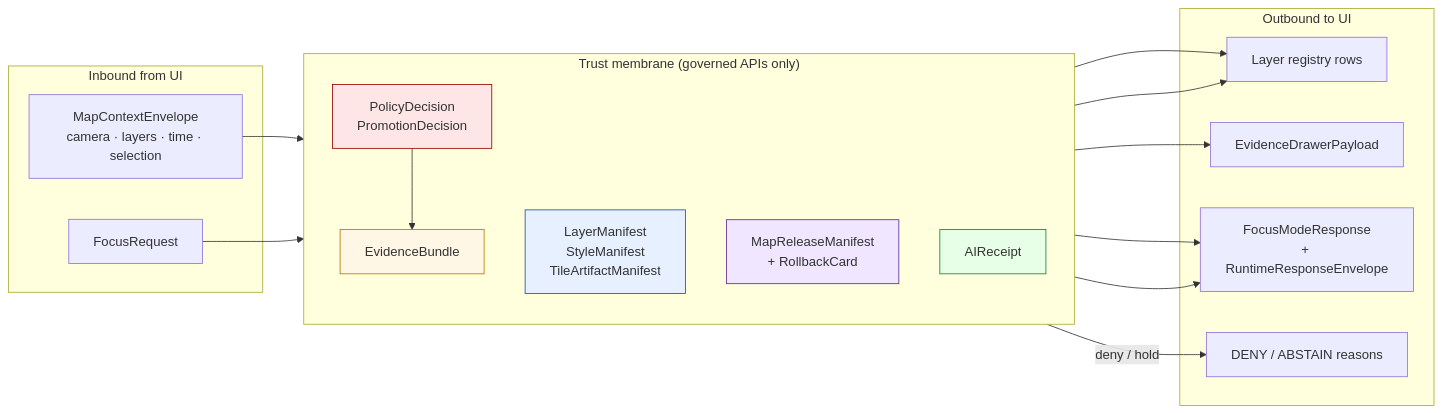
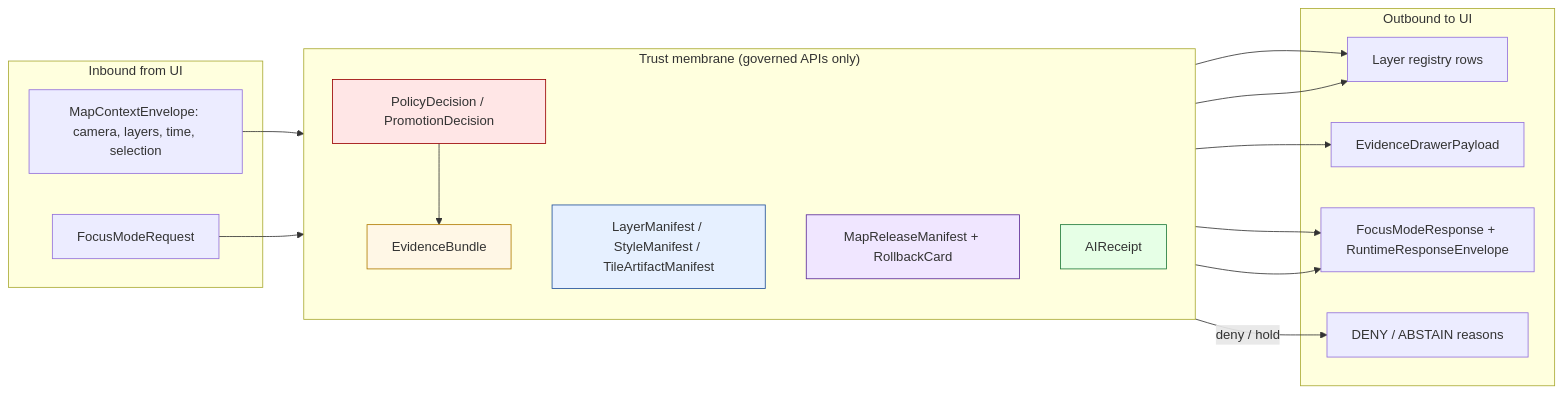
Before and after one commit to bartytime4life/Kansas-Frontier-Matrix: the first of 2 diagrams in docs/domains/geology/MAP_UI_CONTRACTS.md, drawn with Mermaid. The commit also changed other lines of this file, not shown here.

````diff
--- a/docs/domains/geology/MAP_UI_CONTRACTS.md
+++ b/docs/domains/geology/MAP_UI_CONTRACTS.md
@@ -104,39 +127,39 @@
 ```mermaid
 flowchart LR
   subgraph TRUSTED["Trust membrane (governed APIs only)"]
     direction TB
-    EB[EvidenceBundle]:::evi
-    LM[LayerManifest<br/>StyleManifest<br/>TileArtifactManifest]:::manifest
-    RM[MapReleaseManifest<br/>+ RollbackCard]:::release
-    PD[PolicyDecision<br/>PromotionDecision]:::policy
-    AIR[AIReceipt]:::ai
+    EB["EvidenceBundle"]:::evi
+    LM["LayerManifest / StyleManifest / TileArtifactManifest"]:::manifest
+    RM["MapReleaseManifest + RollbackCard"]:::release
+    PD["PolicyDecision / PromotionDecision"]:::policy
+    AIR["AIReceipt"]:::ai
   end
 
   subgraph IN["Inbound from UI"]
-    MCE[MapContextEnvelope<br/>camera · layers · time · selection]
-    FR[FocusRequest]
+    MCE["MapContextEnvelope: camera, layers, time, selection"]
+    FR["FocusModeRequest"]
   end
 
   subgraph OUT["Outbound to UI"]
-    LMOUT[Layer registry rows]
-    EDP[EvidenceDrawerPayload]
-    FRR[FocusModeResponse<br/>+ RuntimeResponseEnvelope]
-    DEN[DENY / ABSTAIN reasons]
+    LMOUT["Layer registry rows"]
+    EDP["EvidenceDrawerPayload"]
+    FRR["FocusModeResponse + RuntimeResponseEnvelope"]
+    DEN["DENY / ABSTAIN reasons"]
   end
 
   MCE --> PD
   FR --> PD
   PD --> EB
   EB --> EDP
   EB --> FRR
   LM --> LMOUT
   RM --> LMOUT
-  PD -->|deny / hold| DEN
+  PD -->|"deny / hold"| DEN
   AIR --> FRR
 
   classDef evi fill:#fff7e6,stroke:#b07b00
   classDef manifest fill:#e6f0ff,stroke:#1f4f99
   classDef release fill:#f0e6ff,stroke:#5b2a99
   classDef policy fill:#ffe6e6,stroke:#990000
   classDef ai fill:#e6ffe6,stroke:#1f7a3a
 ```
````
